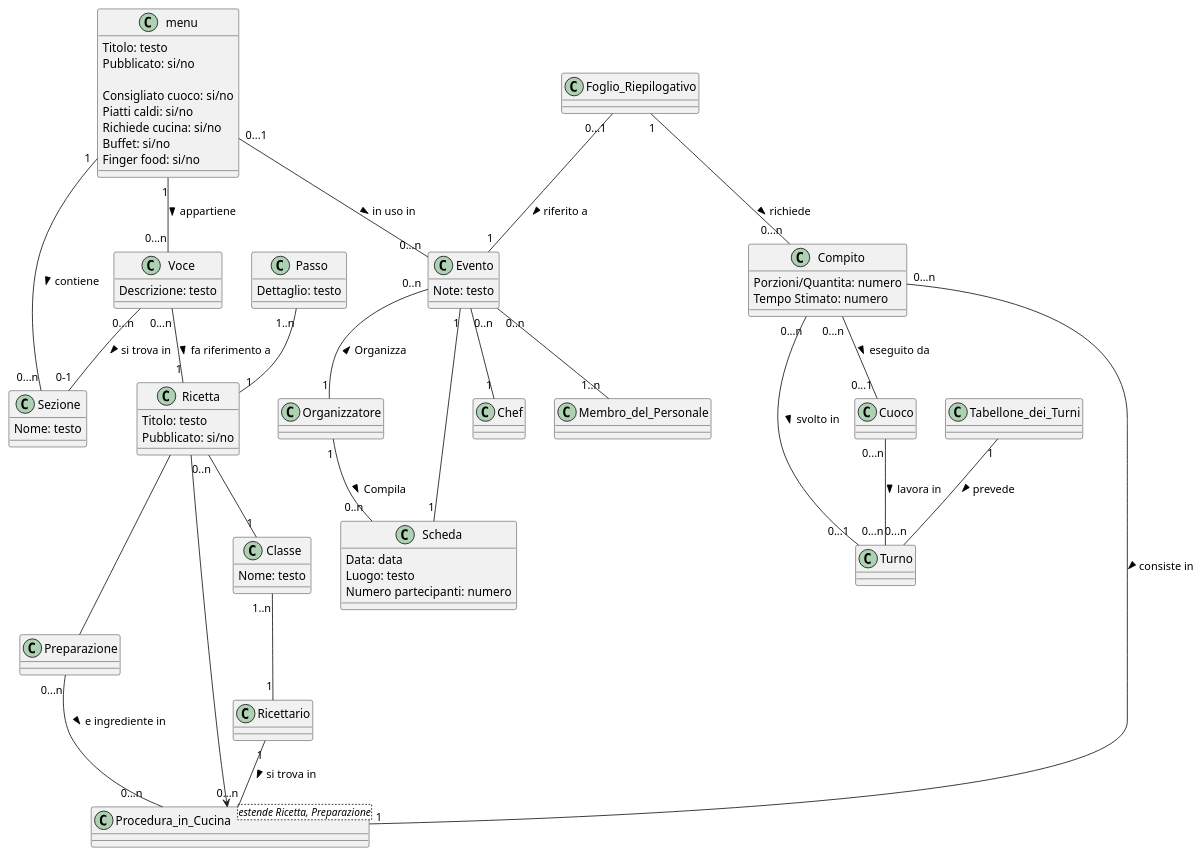
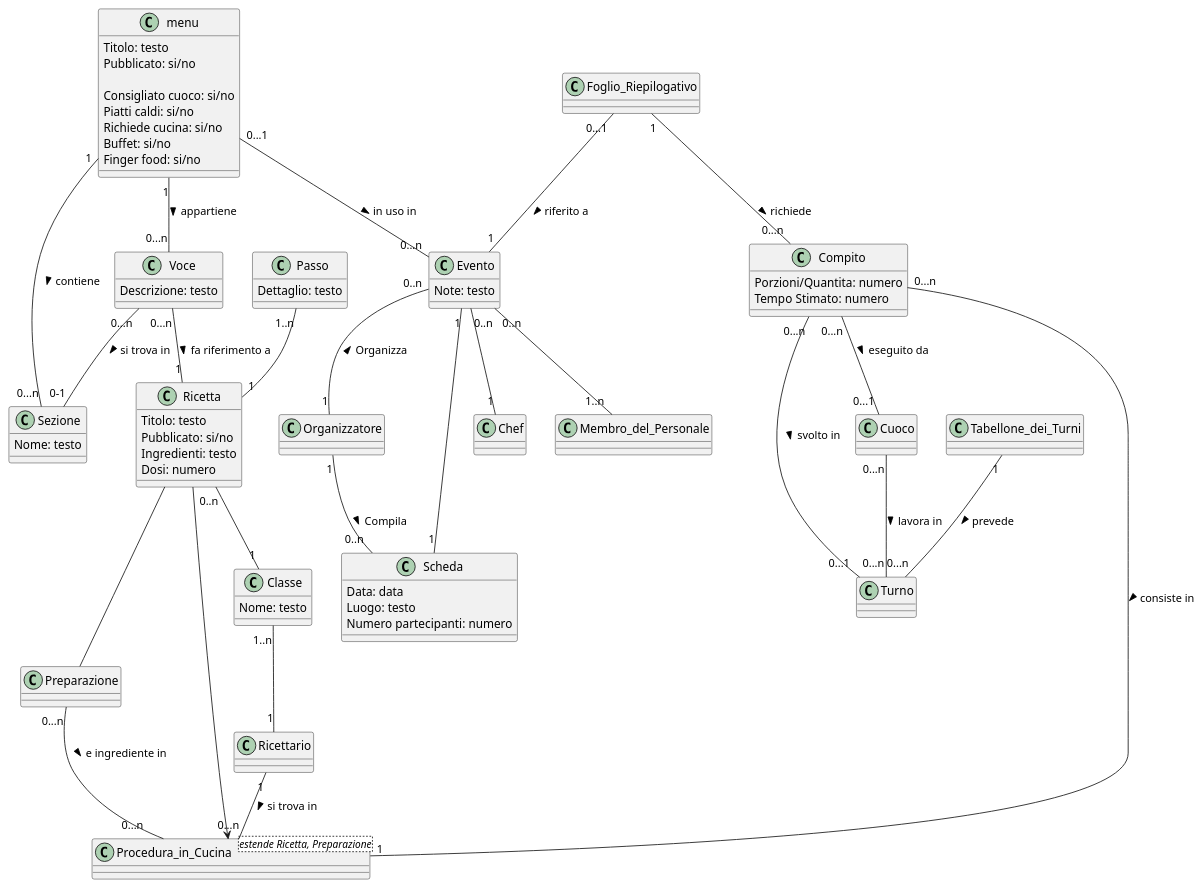
Before and after one commit to m0canu1/sas: the diagram in mdd/modello_di_dominio.md, drawn with PlantUML. The commit also changed 1 other file, not shown here.

Commit message:
Modificato il MDD e aggiunta bozza di contratto per le ricette.

````diff
--- a/mdd/modello_di_dominio.md
+++ b/mdd/modello_di_dominio.md
@@ -1,77 +1,79 @@
 ```plantuml
 Class menu {
     Titolo: testo
     Pubblicato: si/no
     
     Consigliato cuoco: si/no
     Piatti caldi: si/no
     Richiede cucina: si/no
     Buffet: si/no
     Finger food: si/no
 }
 
 Class Sezione {
     Nome: testo
 }
 
 Class Voce {
     Descrizione: testo
 }
 
 Class Compito {
     Porzioni/Quantita: numero
     Tempo Stimato: numero
 }
 
 Class Procedura_in_Cucina<estende Ricetta, Preparazione> {
 
 }
 
 Class Ricetta {
 	Titolo: testo
 	Pubblicato: si/no
+	Ingredienti: testo
+	Dosi: numero
 }
 
 Class Passo {
 	Dettaglio: testo
 }
 
 Class Classe {
 	Nome: testo
 }
 
 Class Scheda{
 	Data: data
 	Luogo: testo
 	Numero partecipanti: numero
 }
 Class Evento {
 	Note: testo
 }
 Evento "0..n" -- "1" Chef
 Evento "0..n" -- "1..n" Membro_del_Personale
 Scheda "1" -- "1" Evento
 Organizzatore "1" -- "0..n" Scheda: Compila >
 Ricetta "0..n" -- "1" Classe
 Classe "1..n" -- "1" Ricettario
 Passo "1..n" -- "1" Ricetta
 menu "1" -- "0...n" Voce: appartiene >
 menu "1" -- "0...n" Sezione: contiene >
 menu "0...1" -- "0...n" Evento: in uso in >
 Evento "0..n" -- "1" Organizzatore : Organizza <
 Voce "0...n" -- "0-1" Sezione: si trova in >
 Voce "0...n" -- "1" Ricetta: fa riferimento a >
 Foglio_Riepilogativo "1" -- "0...n" Compito: richiede >
 Foglio_Riepilogativo "0...1" -- "1" Evento: riferito a >
 Compito "0...n" -- "0...1" Turno: svolto in >
 Tabellone_dei_Turni "1" -- "0...n" Turno: prevede >
 Cuoco "0...n" -- "0...n" Turno: lavora in >
 Compito "0...n" -- "0...1" Cuoco: eseguito da >
 Compito "0...n" -- "1" Procedura_in_Cucina: consiste in >
 Ricettario "1" -- "0...n" Procedura_in_Cucina: si trova in >
 Preparazione "0...n" -- "0...n" Procedura_in_Cucina: e ingrediente in >
 Ricetta -- Preparazione
 Ricetta --> Procedura_in_Cucina
 
 
 ```
````
